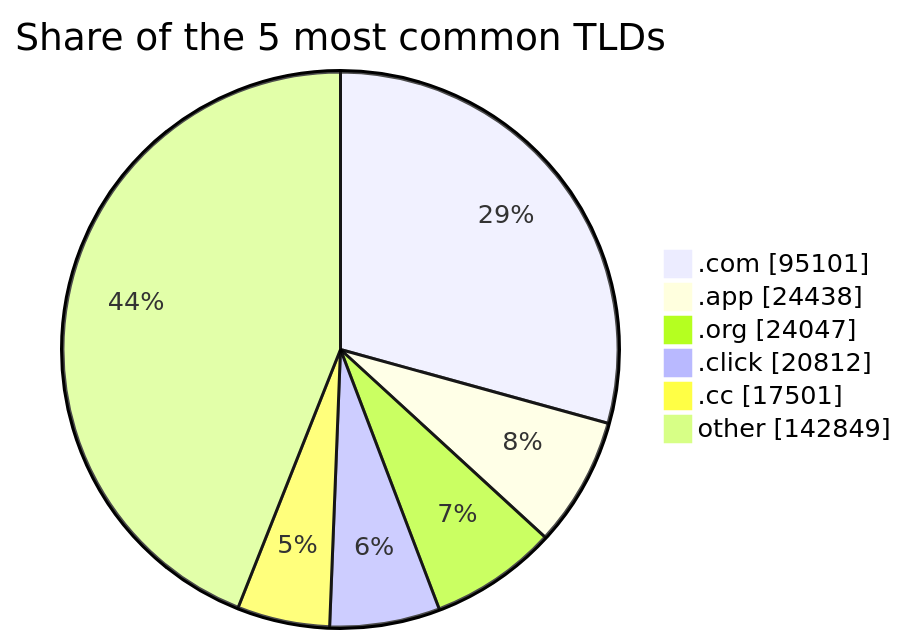
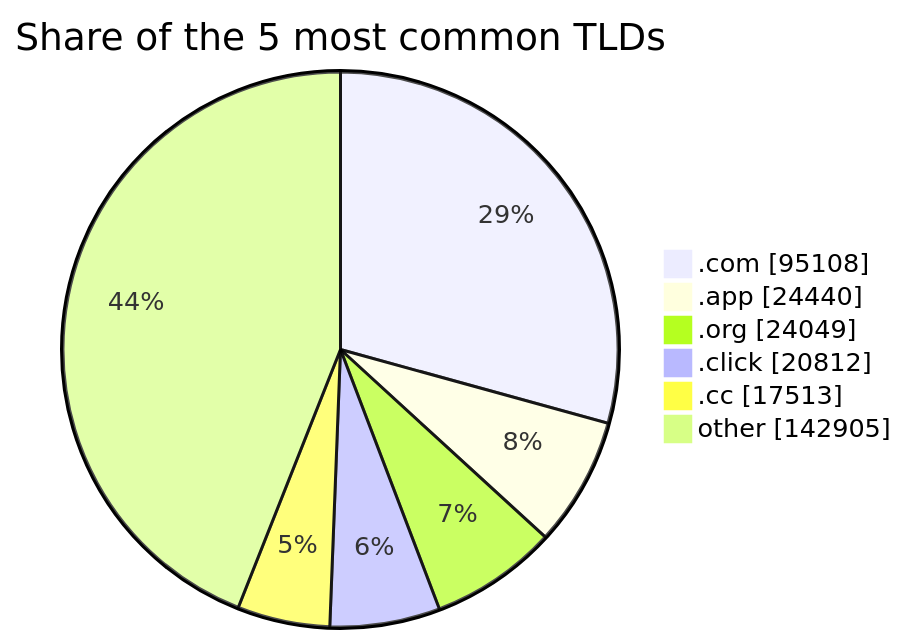
The third of 3 diagrams in README.md (DNSBunker/CTI), drawn with Mermaid before and after one commit. The commit also changed other lines of this file and 4 other files, not shown here.

````diff
--- a/README.md
+++ b/README.md
@@ -81,9 +81,9 @@
 ```mermaid
 pie showData title Share of the 5 most common TLDs
-    ".com" : 95101
-    ".app" : 24438
-    ".org" : 24047
+    ".com" : 95108
+    ".app" : 24440
+    ".org" : 24049
     ".click" : 20812
-    ".cc" : 17501
-    "other" : 142849
+    ".cc" : 17513
+    "other" : 142905
 ```
````
